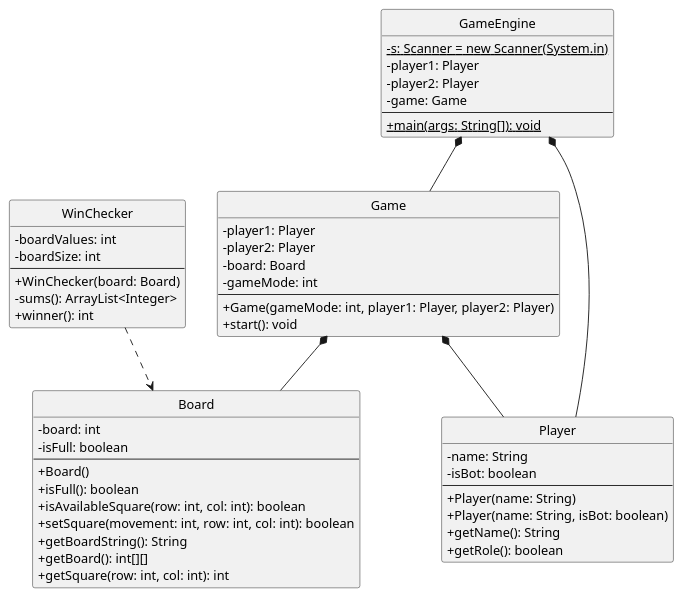
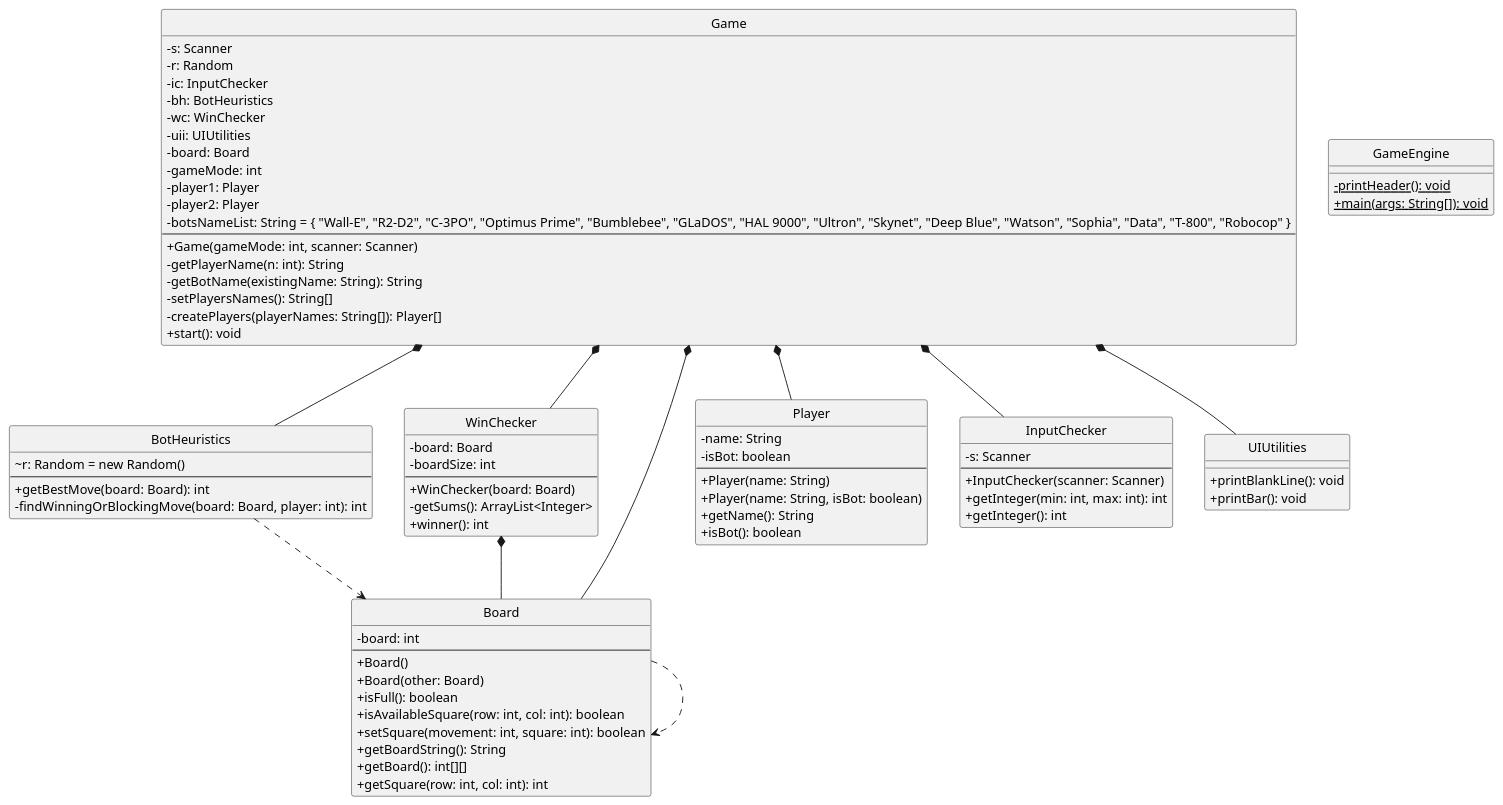
Before and after one commit to Andresit1524/TicTacToe: the diagram in .UML/src.puml, drawn with PlantUML. The commit also changed other lines of this file and 4 other files, not shown here.

```diff
--- a/.UML/src.puml
+++ b/.UML/src.puml
@@ -6,61 +6,92 @@
 @startuml
 skinparam classAttributeIconSize 0
 hide circle
 
+class BotHeuristics {
+  ~r: Random = new Random()
+  --
+  +getBestMove(board: Board): int
+  -findWinningOrBlockingMove(board: Board, player: int): int
+}
+
 class Game {
+  -s: Scanner
+  -r: Random
+  -ic: InputChecker
+  -bh: BotHeuristics
+  -wc: WinChecker
+  -uii: UIUtilities
+  -board: Board
+  -gameMode: int
   -player1: Player
   -player2: Player
-  -board: Board
-  -gameMode: int
+  -botsNameList: String = { "Wall-E", "R2-D2", "C-3PO", "Optimus Prime", "Bumblebee", "GLaDOS", "HAL 9000", "Ultron", "Skynet", "Deep Blue", "Watson", "Sophia", "Data", "T-800", "Robocop" }
   --
-  +Game(gameMode: int, player1: Player, player2: Player)
+  +Game(gameMode: int, scanner: Scanner)
+  -getPlayerName(n: int): String
+  -getBotName(existingName: String): String
+  -setPlayersNames(): String[]
+  -createPlayers(playerNames: String[]): Player[]
   +start(): void
 }
 
 class GameEngine {
-  -{static} s: Scanner = new Scanner(System.in)
-  -player1: Player
-  -player2: Player
-  -game: Game
-  --
+  -{static} printHeader(): void
   +{static} main(args: String[]): void
 }
 
 class WinChecker {
-  -boardValues: int
+  -board: Board
   -boardSize: int
   --
   +WinChecker(board: Board)
-  -sums(): ArrayList<Integer>
+  -getSums(): ArrayList<Integer>
   +winner(): int
 }
 
 class Board {
   -board: int
-  -isFull: boolean
   --
   +Board()
+  +Board(other: Board)
   +isFull(): boolean
   +isAvailableSquare(row: int, col: int): boolean
-  +setSquare(movement: int, row: int, col: int): boolean
+  +setSquare(movement: int, square: int): boolean
   +getBoardString(): String
   +getBoard(): int[][]
   +getSquare(row: int, col: int): int
 }
 
 class Player {
   -name: String
   -isBot: boolean
   --
   +Player(name: String)
   +Player(name: String, isBot: boolean)
   +getName(): String
-  +getRole(): boolean
+  +isBot(): boolean
 }
 
+class InputChecker {
+  -s: Scanner
+  --
+  +InputChecker(scanner: Scanner)
+  +getInteger(min: int, max: int): int
+  +getInteger(): int
+}
+
+class UIUtilities {
+  +printBlankLine(): void
+  +printBar(): void
+}
+
+BotHeuristics ..> Board
+Game *-- InputChecker
+Game *-- BotHeuristics
+Game *-- WinChecker
+Game *-- UIUtilities
+Game *-- Board
 Game *-- Player
-Game *-- Board
-GameEngine *-- Player
-GameEngine *-- Game
-WinChecker ..> Board
+WinChecker *-- Board
+Board ..> Board
 @enduml
```
